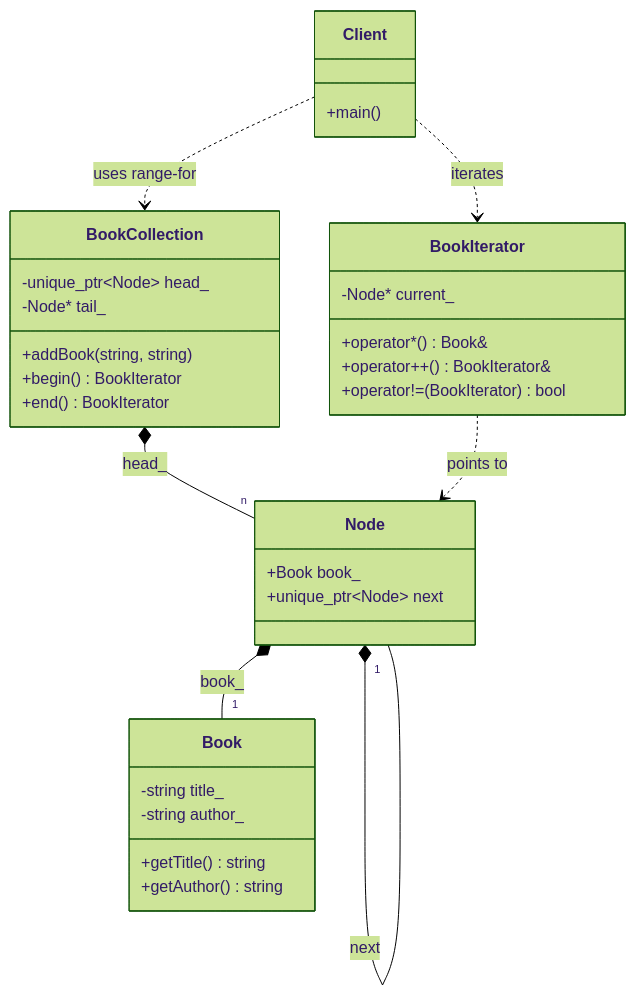
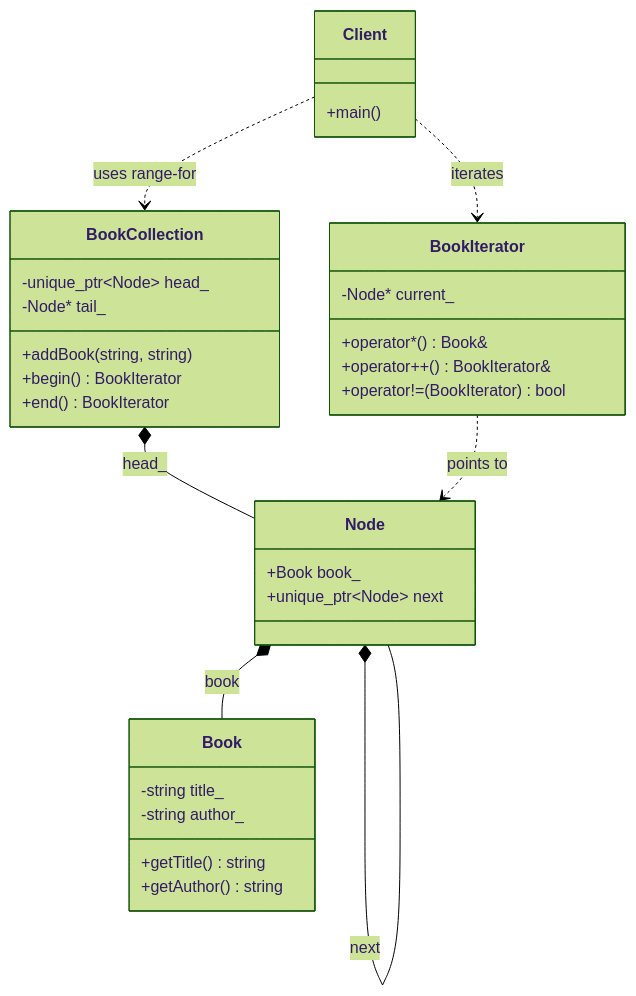
One commit to Cichlidfishexigency721/Modern-CPP-Design-Patterns changed the diagram in 21_Iterator/Iterator_STL/diagram.md. Above: the diagram before and after it, drawn with Mermaid (forest theme). The commit also changed 3 other files, not shown here.

Commit message:
Improvement in UML

````diff
--- a/21_Iterator/Iterator_STL/diagram.md
+++ b/21_Iterator/Iterator_STL/diagram.md
@@ -3,44 +3,44 @@
 ```mermaid
 classDiagram
     class Book {
         -string title_
         -string author_
         +getTitle() string
         +getAuthor() string
     }
 
     class Node {
         +Book book_
         +unique_ptr~Node~ next
     }
 
     class BookIterator {
         -Node* current_
         +operator*() Book&
         +operator++() BookIterator&
         +operator!=(BookIterator) bool
     }
 
     class BookCollection {
         -unique_ptr~Node~ head_
         -Node* tail_
         +addBook(string, string)
         +begin() BookIterator
         +end() BookIterator
     }
 
     class Client {
         +main()
     }
 
     %% Relationships using your symbology reference:
 
-    BookCollection *-- "n" Node : head_
-    Node *-- "1" Book : book_
-    Node *-- "1" Node : next
+    BookCollection *-- Node : head_
+    Node *-- Book : book
+    Node *-- Node : next
 
     BookIterator ..> Node : points to
 
     Client ..> BookCollection : uses range-for
     Client ..> BookIterator : iterates
 ```
````
